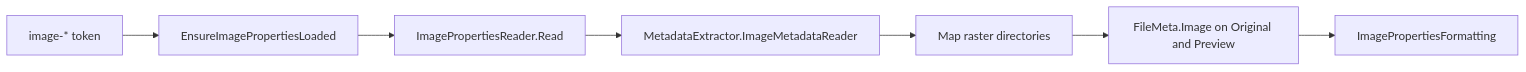
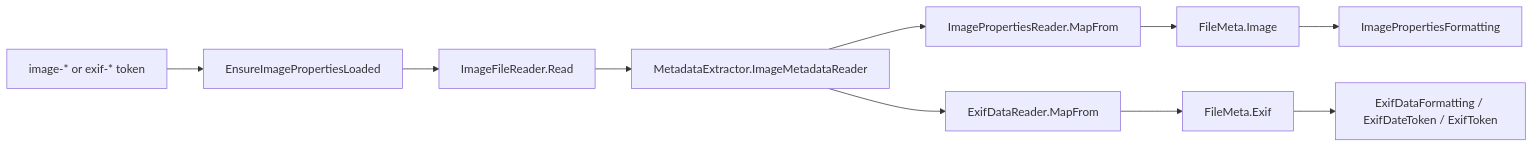
One commit to davidohana/finebytes changed the diagram in docs/image-metadata-model.md. Above: the diagram before and after it, drawn with Mermaid. The commit also changed other lines of this file and 21 other files, not shown here.

First line of the commit message:
Enhance image and EXIF metadata handling

````diff
--- a/docs/image-metadata-model.md
+++ b/docs/image-metadata-model.md
@@ -17,9 +19,12 @@
 ```mermaid
 flowchart LR
-  token["image-* token"] --> ensure["EnsureImagePropertiesLoaded"]
-  ensure --> reader["ImagePropertiesReader.Read"]
+  tokens["image-* or exif-* token"] --> ensure["EnsureImagePropertiesLoaded"]
+  ensure --> reader["ImageFileReader.Read"]
   reader --> me["MetadataExtractor.ImageMetadataReader"]
-  me --> map["Map raster directories"]
-  map --> cache["FileMeta.Image on Original and Preview"]
-  cache --> format["ImagePropertiesFormatting"]
+  me --> mapImage["ImagePropertiesReader.MapFrom"]
+  me --> mapExif["ExifDataReader.MapFrom"]
+  mapImage --> cacheImage["FileMeta.Image"]
+  mapExif --> cacheExif["FileMeta.Exif"]
+  cacheImage --> formatImage["ImagePropertiesFormatting"]
+  cacheExif --> formatExif["ExifDataFormatting / ExifDateToken / ExifToken"]
 ```
````
